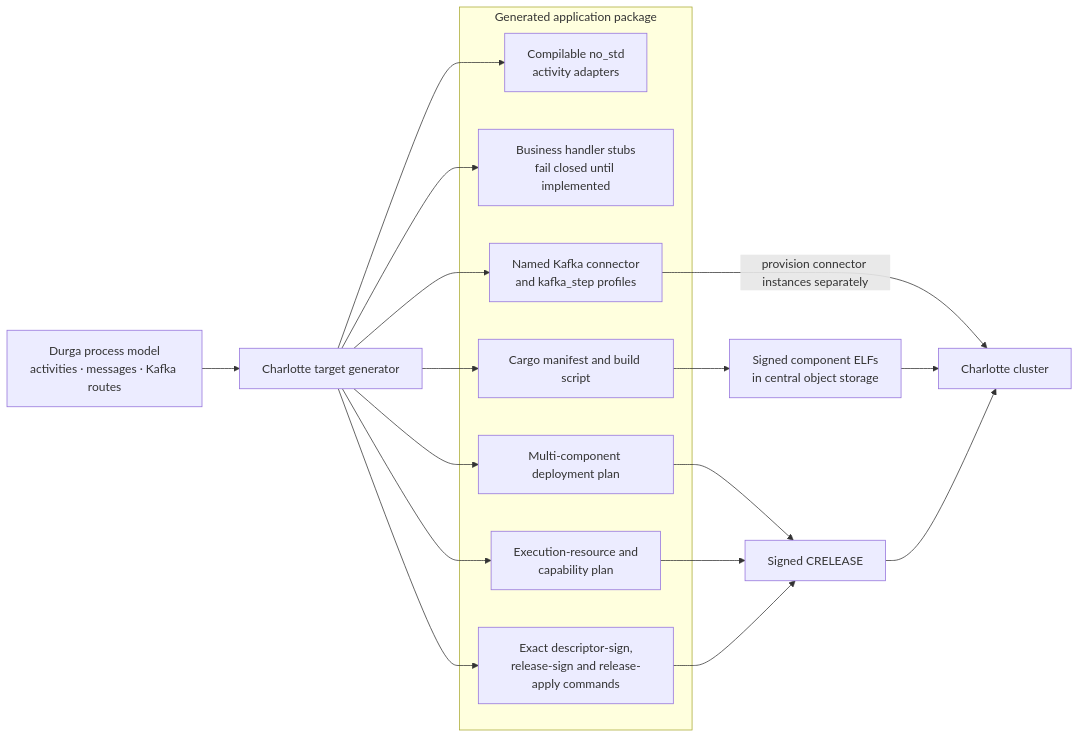
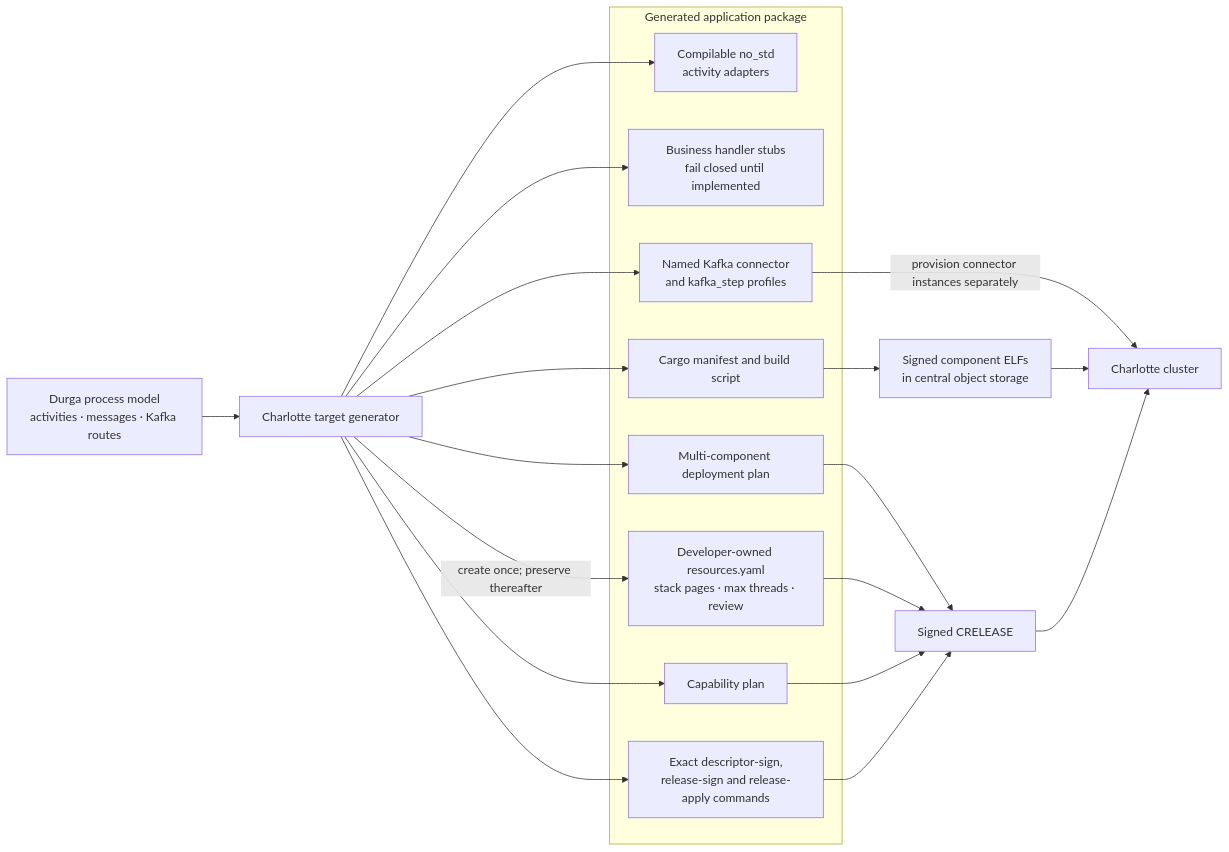
Before and after one commit to FrodeRanders/charlotte-os: diagram 11 of 11 in docs/figures.md, drawn with Mermaid. The commit also changed other lines of this file and 28 other files, not shown here.

````diff
--- a/docs/figures.md
+++ b/docs/figures.md
@@ -498,36 +498,39 @@
 ```mermaid
 flowchart LR
 MODEL["Durga process model<br/>activities · messages · Kafka routes"]
 GEN["Charlotte target generator"]
 
       subgraph OUTPUT["Generated application package"]
           ADAPTERS["Compilable no_std<br/>activity adapters"]
           HANDLERS["Business handler stubs<br/>fail closed until implemented"]
           BUILD["Cargo manifest and build script"]
-          CAPS["Execution-resource and<br/>capability plan"]
+          RESOURCES["Developer-owned resources.yaml<br/>stack pages · max threads · review"]
+          CAPS["Capability plan"]
           KPROFILES["Named Kafka connector<br/>and kafka_step profiles"]
           PLAN["Multi-component deployment plan"]
           COMMANDS["Exact descriptor-sign,<br/>release-sign and release-apply commands"]
       end
 
       ARTIFACTS["Signed component ELFs<br/>in central object storage"]
       RELEASE["Signed CRELEASE"]
       CLUSTER["Charlotte cluster"]
 
       MODEL --> GEN
       GEN --> ADAPTERS
       GEN --> HANDLERS
       GEN --> BUILD
+      GEN -->|"create once; preserve thereafter"| RESOURCES
       GEN --> CAPS
       GEN --> KPROFILES
       GEN --> PLAN
       GEN --> COMMANDS
 
       BUILD --> ARTIFACTS
       PLAN --> RELEASE
+      RESOURCES --> RELEASE
       CAPS --> RELEASE
       KPROFILES -->|"provision connector instances separately"| CLUSTER
       COMMANDS --> RELEASE
       ARTIFACTS --> CLUSTER
       RELEASE --> CLUSTER
 ```
````
